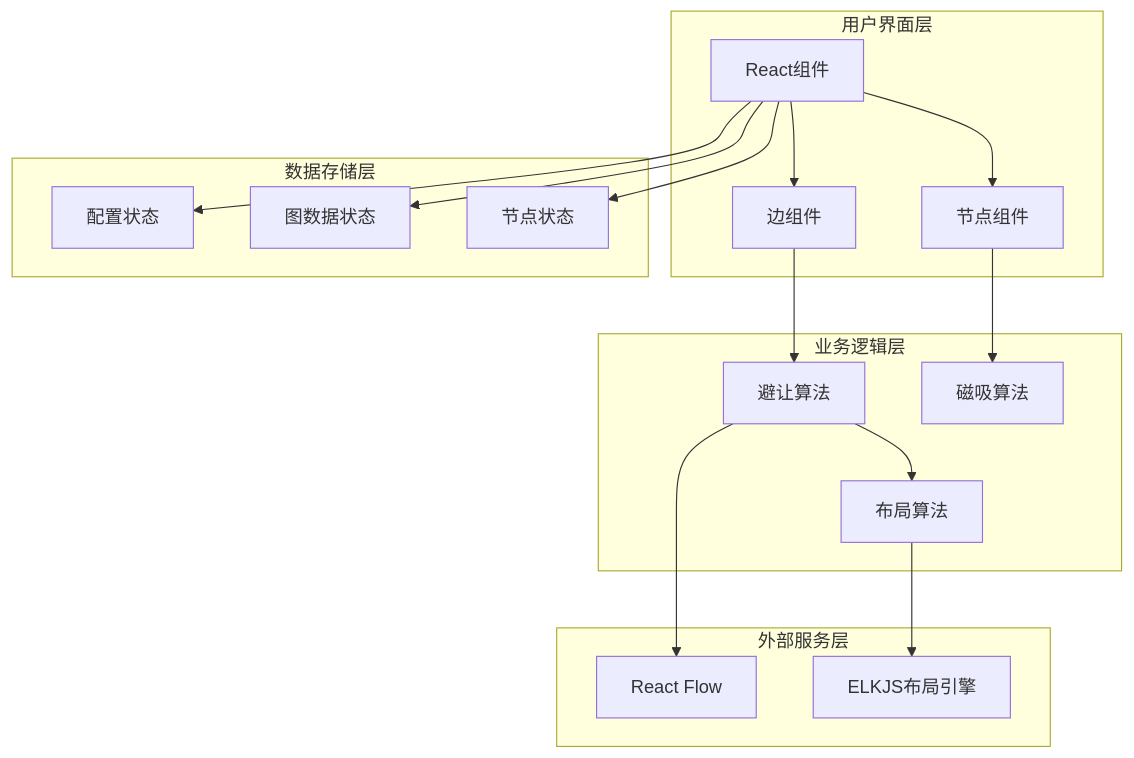
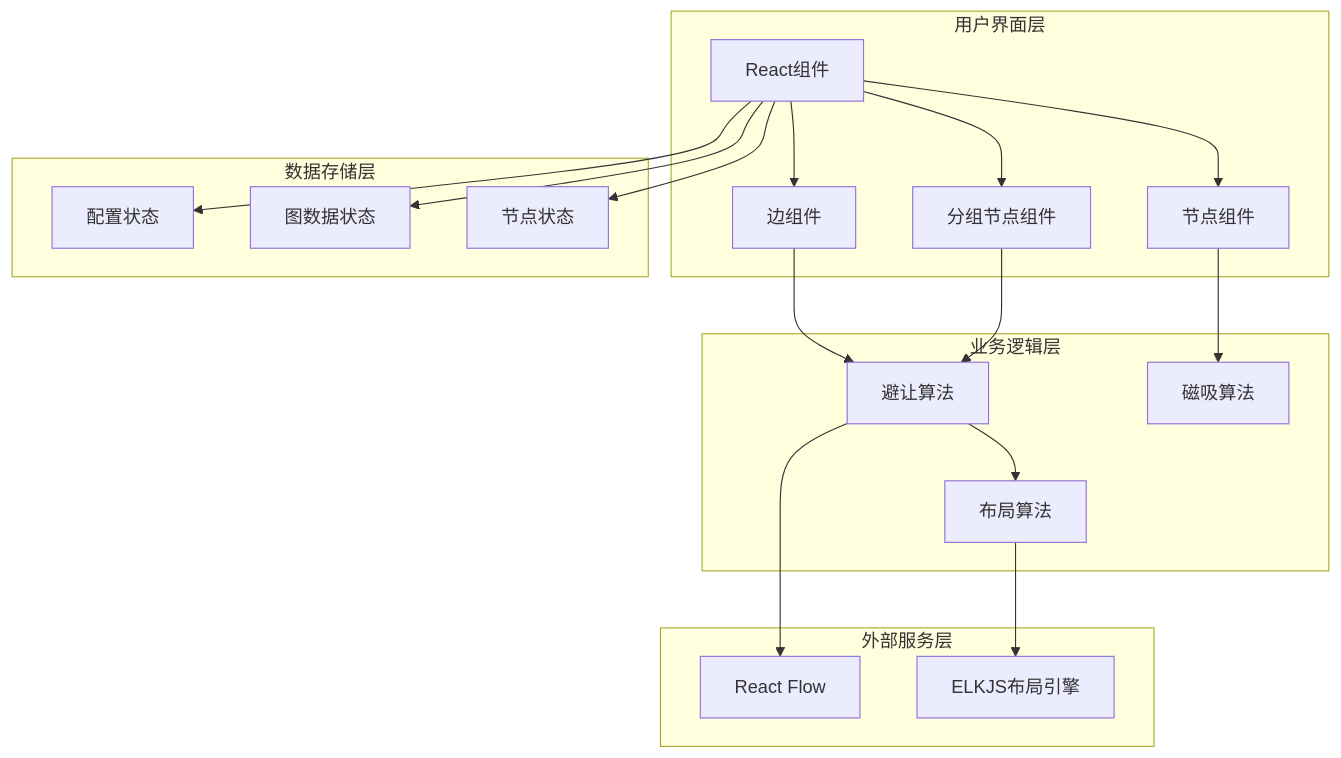
Before and after one commit to kqcoxn/MaaPipelineEditor: the fourth of 13 diagrams in .qoder/repowiki/zh/content/核心概念/避让路由工具.md, drawn with Mermaid. The commit also changed other lines of this file and 13 other files, not shown here.

````diff
--- a/.qoder/repowiki/zh/content/核心概念/避让路由工具.md
+++ b/.qoder/repowiki/zh/content/核心概念/避让路由工具.md
@@ -163,32 +192,35 @@
 ```mermaid
 graph TB
 subgraph "用户界面层"
 UI[React组件]
 EC[边组件]
 NC[节点组件]
+GCN[分组节点组件]
 end
 subgraph "业务逻辑层"
 AL[避让算法]
 SL[磁吸算法]
 LL[布局算法]
 end
 subgraph "数据存储层"
 CS[配置状态]
 GS[图数据状态]
 NS[节点状态]
 end
 subgraph "外部服务层"
 RF[React Flow]
 ELK[ELKJS布局引擎]
 end
 UI --> EC
 UI --> NC
+UI --> GCN
 EC --> AL
 NC --> SL
+GCN --> AL
 AL --> LL
 UI --> CS
 UI --> GS
 UI --> NS
 AL --> RF
 LL --> ELK
 ```
````
